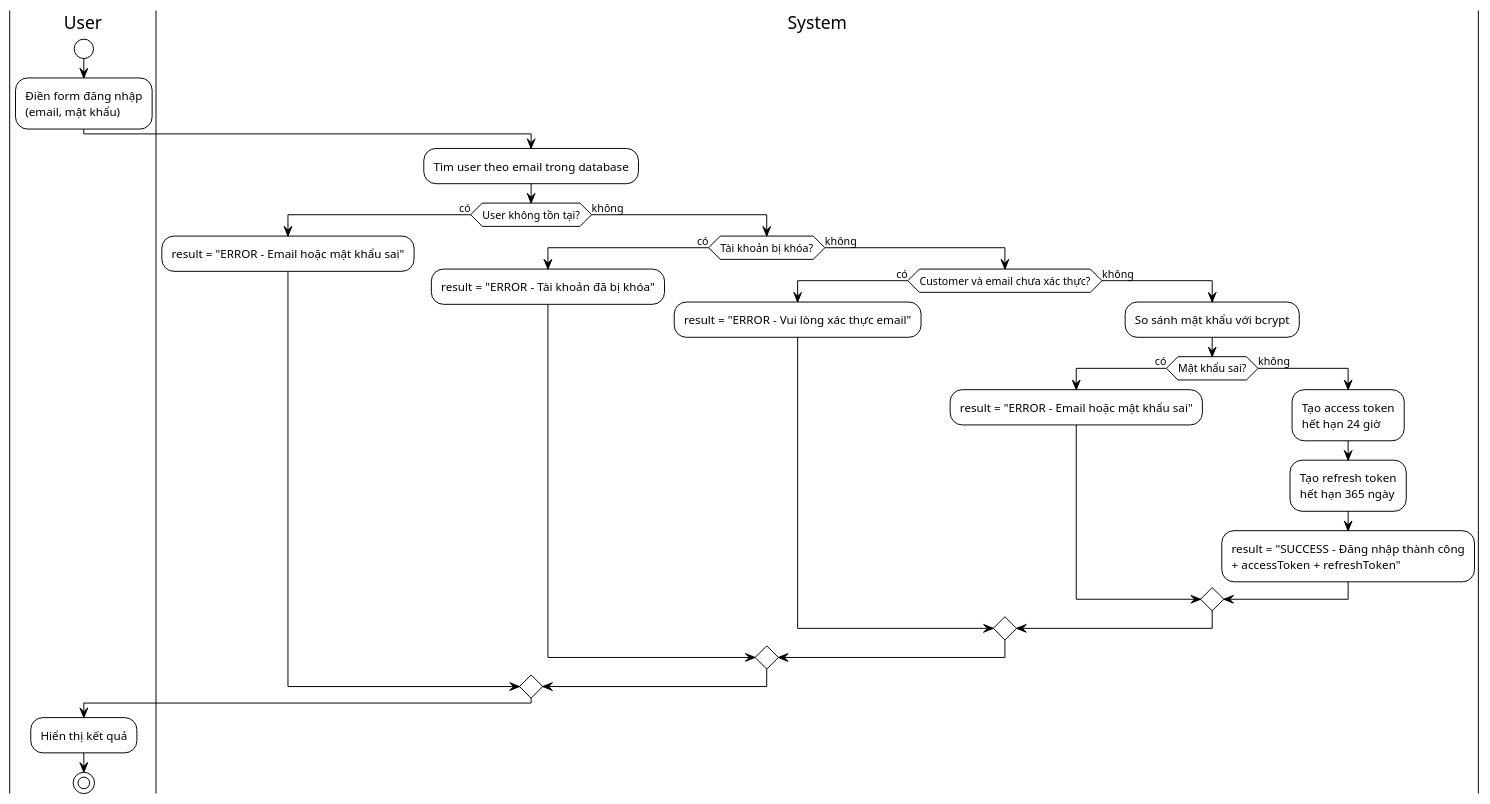
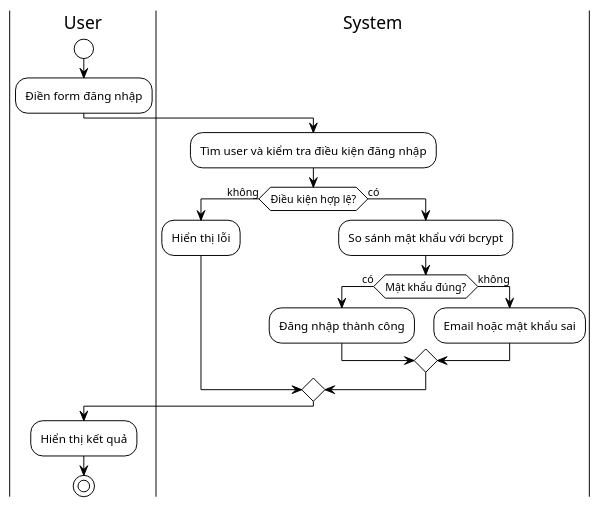
Before and after one commit to AnthanBiPhap/Khachsan: the diagram in Phân tích hệ thống/Sơ đồ hoạt động/ACTIVITY_DIAGRAM_DANG_NHAP.puml, drawn with PlantUML. The commit also changed 65 other files, not shown here.

```diff
--- a/Phân tích hệ thống/Sơ đồ hoạt động/ACTIVITY_DIAGRAM_DANG_NHAP.puml
+++ b/Phân tích hệ thống/Sơ đồ hoạt động/ACTIVITY_DIAGRAM_DANG_NHAP.puml
@@ -1,35 +1,25 @@
 @startuml Activity_Dang_Nhap
 !theme plain
 
 |User|
 start
-:Điền form đăng nhập\n(email, mật khẩu);
+:Điền form đăng nhập;
 
 |System|
-:Tìm user theo email trong database;
-if (User không tồn tại?) then (có)
-    :result = "ERROR - Email hoặc mật khẩu sai";
-else (không)
-    if (Tài khoản bị khóa?) then (có)
-        :result = "ERROR - Tài khoản đã bị khóa";
+:Tìm user và kiểm tra điều kiện đăng nhập;
+if (Điều kiện hợp lệ?) then (không)
+    :Hiển thị lỗi;
+else (có)
+    :So sánh mật khẩu với bcrypt;
+    if (Mật khẩu đúng?) then (có)
+        :Đăng nhập thành công;
     else (không)
-        if (Customer và email chưa xác thực?) then (có)
-            :result = "ERROR - Vui lòng xác thực email";
-        else (không)
-            :So sánh mật khẩu với bcrypt;
-            if (Mật khẩu sai?) then (có)
-                :result = "ERROR - Email hoặc mật khẩu sai";
-            else (không)
-                :Tạo access token\nhết hạn 24 giờ;
-                :Tạo refresh token\nhết hạn 365 ngày;
-                :result = "SUCCESS - Đăng nhập thành công\n+ accessToken + refreshToken";
-            endif
-        endif
+        :Email hoặc mật khẩu sai;
     endif
 endif
 
 |User|
 :Hiển thị kết quả;
 stop
 
 @enduml
```
